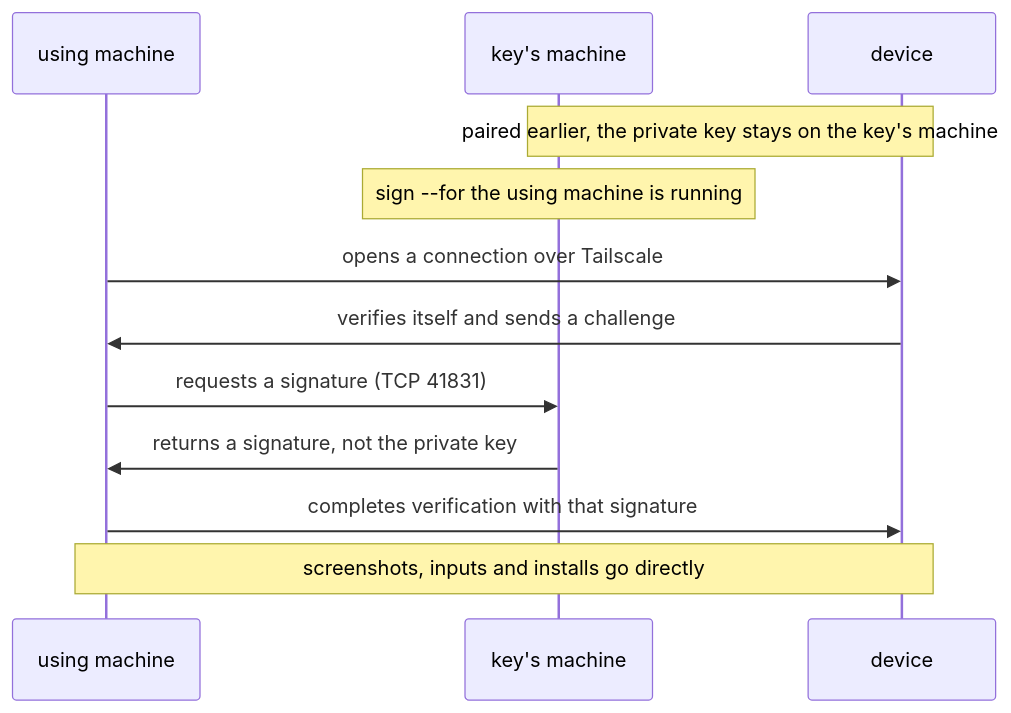
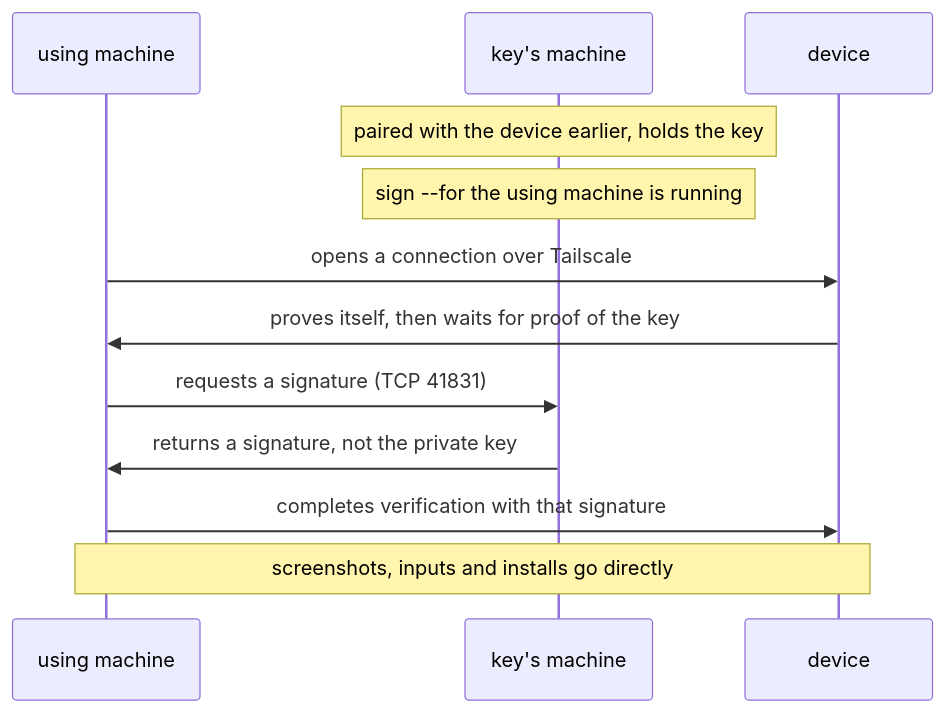
The third of 3 diagrams in Rust/roamrunctl/README.md (mh-mobile/RoamRun), drawn with Mermaid before and after one commit. The commit also changed other lines of this file and 1 other file, not shown here.

First line of the commit message:
Held to the source and to what was run: seven statements of the README and nine of the reference put right, a firewall command nobody ran taken out, one name for the key's machine

````diff
--- a/Rust/roamrunctl/README.md
+++ b/Rust/roamrunctl/README.md
@@ -249,14 +248,14 @@
 ```mermaid
 sequenceDiagram
   participant U as using machine
   participant K as key's machine
   participant D as device
-  Note over K,D: paired earlier, the private key stays on the key's machine
+  Note over K: paired with the device earlier, holds the key
   Note over K: sign --for the using machine is running
   U->>D: opens a connection over Tailscale
-  D->>U: verifies itself and sends a challenge
+  D->>U: proves itself, then waits for proof of the key
   U->>K: requests a signature (TCP 41831)
   K->>U: returns a signature, not the private key
   U->>D: completes verification with that signature
   Note over U,D: screenshots, inputs and installs go directly
 ```
````
